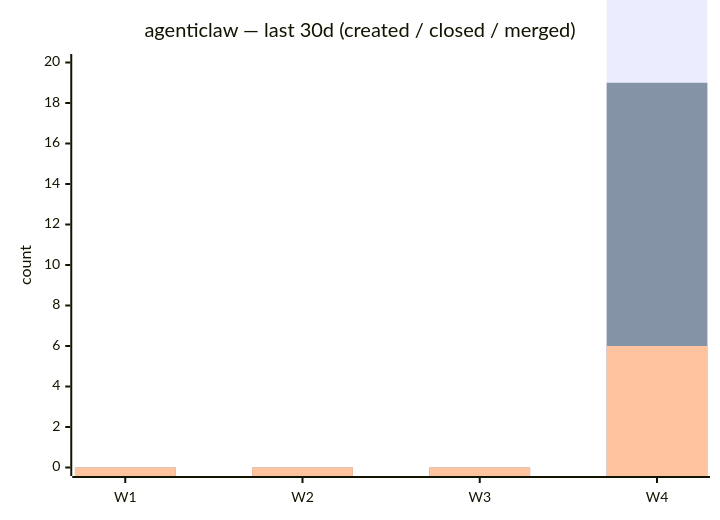
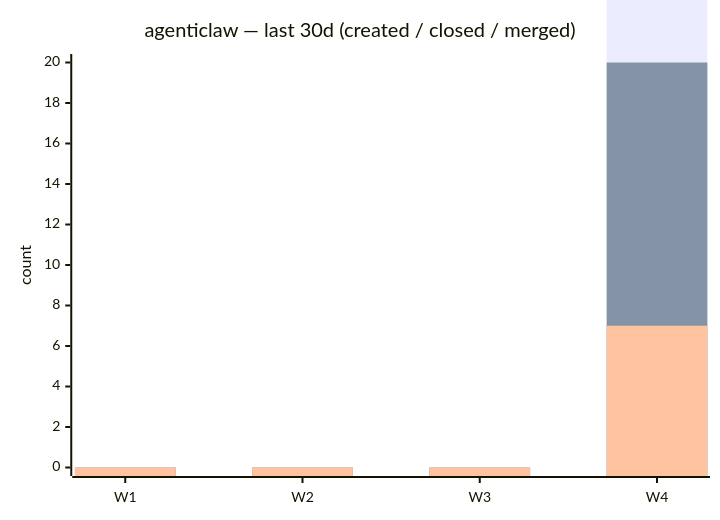
The diagram in profile/README.md (agentiagency/.github), drawn with Mermaid before and after one commit. The commit also changed other lines of this file, not shown here.

Commit message:
chore: update dashboard [skip ci]

````diff
--- a/profile/README.md
+++ b/profile/README.md
@@ -98,9 +98,9 @@
 ```mermaid
 xychart-beta
   title "agenticlaw — last 30d (created / closed / merged)"
   x-axis ["W1", "W2", "W3", "W4"]
   y-axis "count" 0 --> 20
   bar [0, 0, 0, 42]
-  bar [0, 0, 0, 19]
-  bar [0, 0, 0, 6]
+  bar [0, 0, 0, 20]
+  bar [0, 0, 0, 7]
 ```
````
